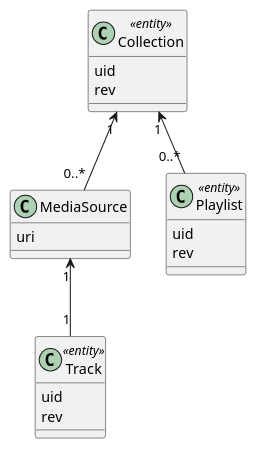
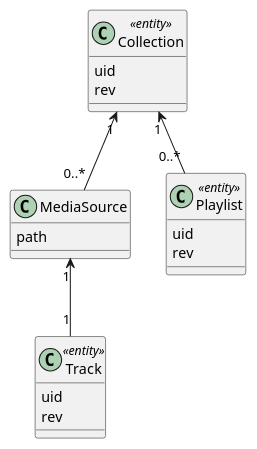
The first of 2 diagrams in README.md (aoide-org/aoide-rs), drawn with PlantUML before and after one commit. The commit also changed other lines of this file and 2 other files, not shown here.

````diff
--- a/README.md
+++ b/README.md
@@ -18,27 +18,27 @@
 ```plantuml
 @startuml
 
 class Collection <<entity>> {
     uid
     rev
 }
 
 class MediaSource {
-    uri
+    path
 }
 MediaSource "0..*" -up-> "1" Collection
 
 class Track <<entity>> {
     uid
     rev
 }
 Track "1" -up-> "1" MediaSource
 
 class Playlist <<entity>> {
     uid
     rev
 }
 Playlist "0..*" -up-> "1" Collection
 
 @enduml
 ```
````
